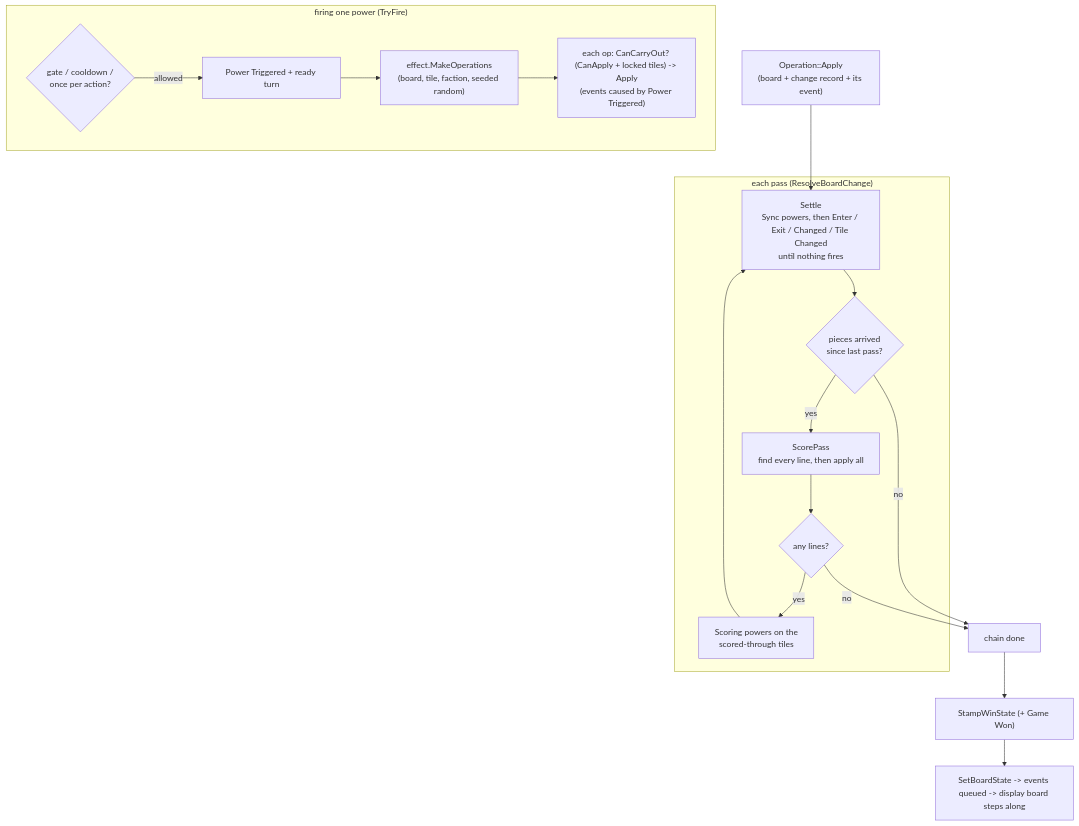
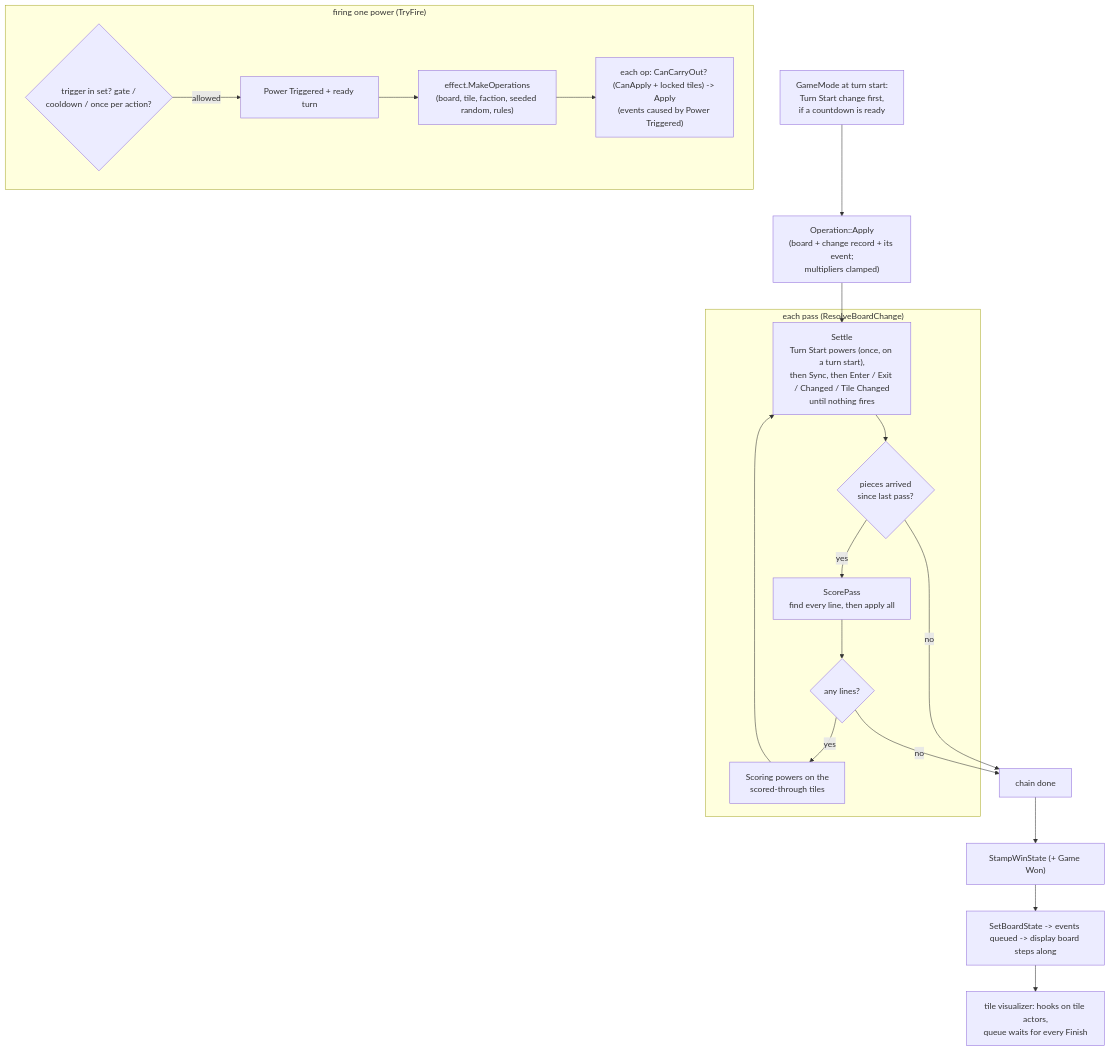
One commit to rfowlie/ConnectIt changed the diagram in ConnectIt-Vault/ConnectIt/code/systems/tile-power-chain.md. Above: the diagram before and after it, drawn with Mermaid. The commit also changed other lines of this file and 13 other files, not shown here.

Commit message:
Tile Powers Continued 5

````diff
--- a/ConnectIt-Vault/ConnectIt/code/systems/tile-power-chain.md
+++ b/ConnectIt-Vault/ConnectIt/code/systems/tile-power-chain.md
@@ -67,21 +96,23 @@
 ```mermaid
 flowchart TD
-    Op["Operation::Apply<br/>(board + change record + its event)"] --> Settle
+    TS["GameMode at turn start:<br/>Turn Start change first,<br/>if a countdown is ready"] --> Op
+    Op["Operation::Apply<br/>(board + change record + its event;<br/>multipliers clamped)"] --> Settle
     subgraph Pass["each pass (ResolveBoardChange)"]
-        Settle["Settle<br/>Sync powers, then Enter / Exit / Changed / Tile Changed<br/>until nothing fires"] --> Arrivals{"pieces arrived<br/>since last pass?"}
+        Settle["Settle<br/>Turn Start powers (once, on a turn start),<br/>then Sync, then Enter / Exit / Changed / Tile Changed<br/>until nothing fires"] --> Arrivals{"pieces arrived<br/>since last pass?"}
         Arrivals -- yes --> Score["ScorePass<br/>find every line, then apply all"]
         Score --> Lines{"any lines?"}
         Lines -- yes --> React["Scoring powers on the<br/>scored-through tiles"]
         React --> Settle
     end
     Arrivals -- no --> Done
     Lines -- no --> Done
     Done["chain done"] --> Win["StampWinState (+ Game Won)"]
     Win --> Commit["SetBoardState -> events queued -> display board steps along"]
+    Commit --> Hooks["tile visualizer: hooks on tile actors,<br/>queue waits for every Finish"]
 
     subgraph Fire["firing one power (TryFire)"]
-        Gate{"gate / cooldown /<br/>once per action?"} -- allowed --> PT["Power Triggered + ready turn"]
-        PT --> Effect["effect.MakeOperations<br/>(board, tile, faction, seeded random)"]
+        Gate{"trigger in set? gate /<br/>cooldown / once per action?"} -- allowed --> PT["Power Triggered + ready turn"]
+        PT --> Effect["effect.MakeOperations<br/>(board, tile, faction, seeded random, rules)"]
         Effect --> Apply["each op: CanCarryOut? (CanApply + locked tiles) -> Apply<br/>(events caused by Power Triggered)"]
     end
 ```
````
